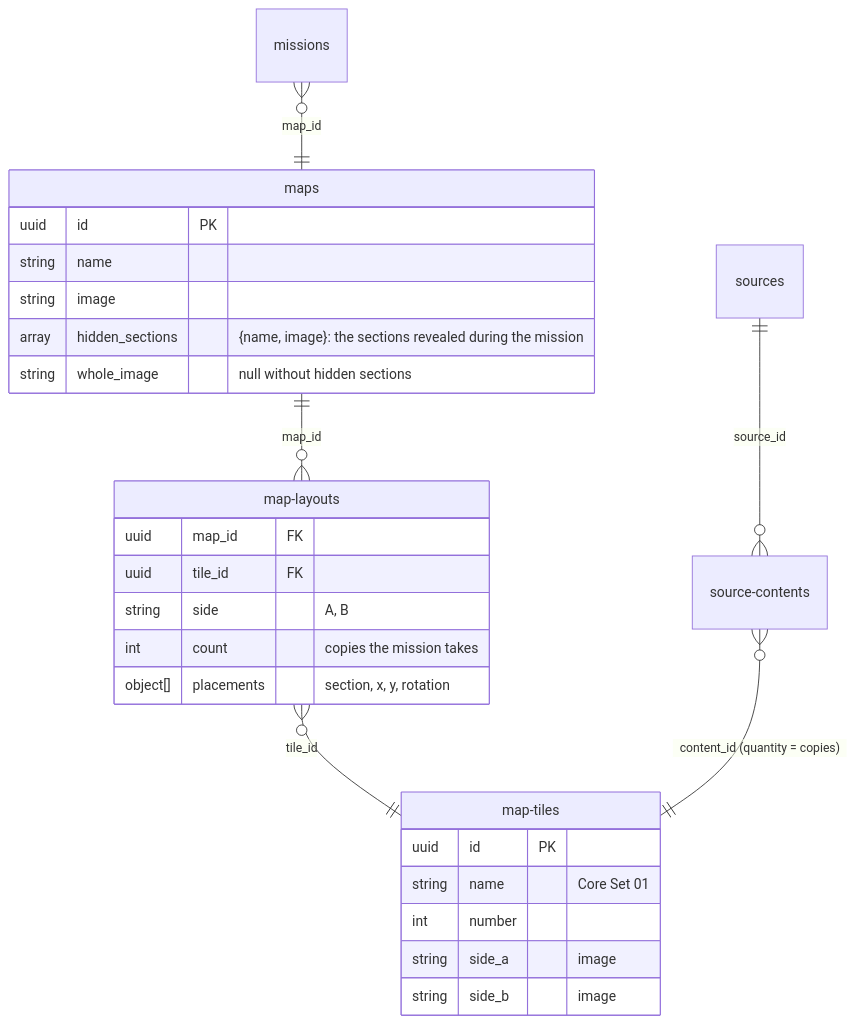
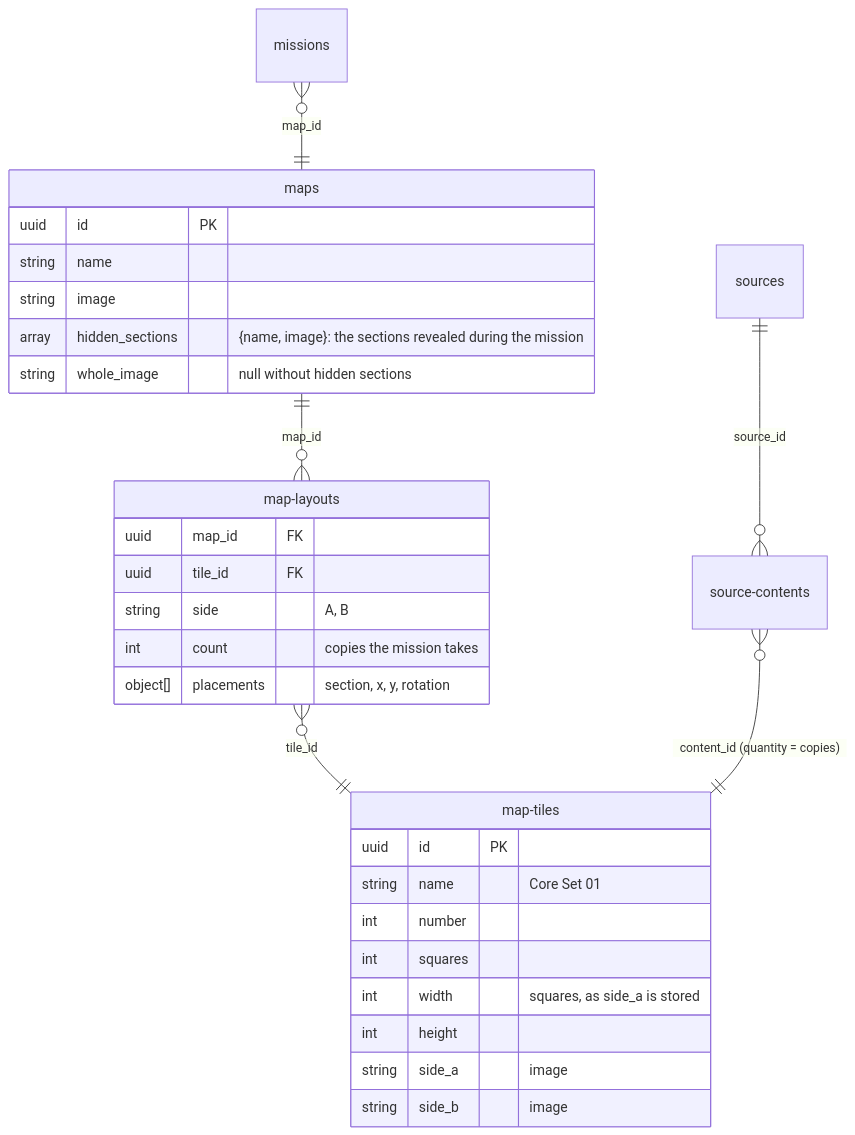
One commit to lvisintini/imperial-assault-data changed the seventh of 9 diagrams in docs/data-model.md. Above: the diagram before and after it, drawn with Mermaid. The commit also changed other lines of this file and 475 other files, not shown here.

````diff
--- a/docs/data-model.md
+++ b/docs/data-model.md
@@ -458,30 +468,33 @@
 ```mermaid
 erDiagram
     missions }o--|| maps : "map_id"
     maps ||--o{ map-layouts : "map_id"
     map-layouts }o--|| map-tiles : "tile_id"
     sources ||--o{ source-contents : "source_id"
     source-contents }o--|| map-tiles : "content_id (quantity = copies)"
 
     maps {
         uuid id PK
         string name
         string image
         array hidden_sections "{name, image}: the sections revealed during the mission"
         string whole_image "null without hidden sections"
     }
     map-tiles {
         uuid id PK
         string name "Core Set 01"
         int number
+        int squares
+        int width "squares, as side_a is stored"
+        int height
         string side_a "image"
         string side_b "image"
     }
     map-layouts {
         uuid map_id FK
         uuid tile_id FK
         string side "A, B"
         int count "copies the mission takes"
         object[] placements "section, x, y, rotation"
     }
 ```
````
